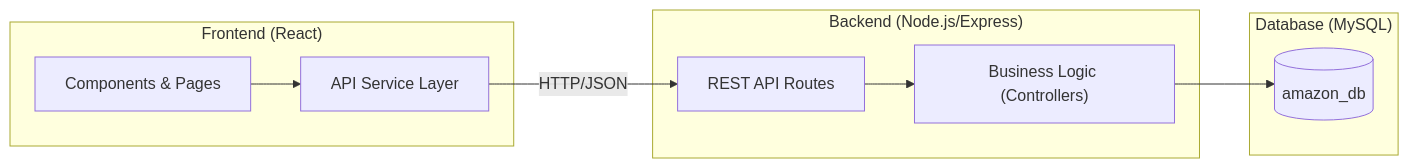
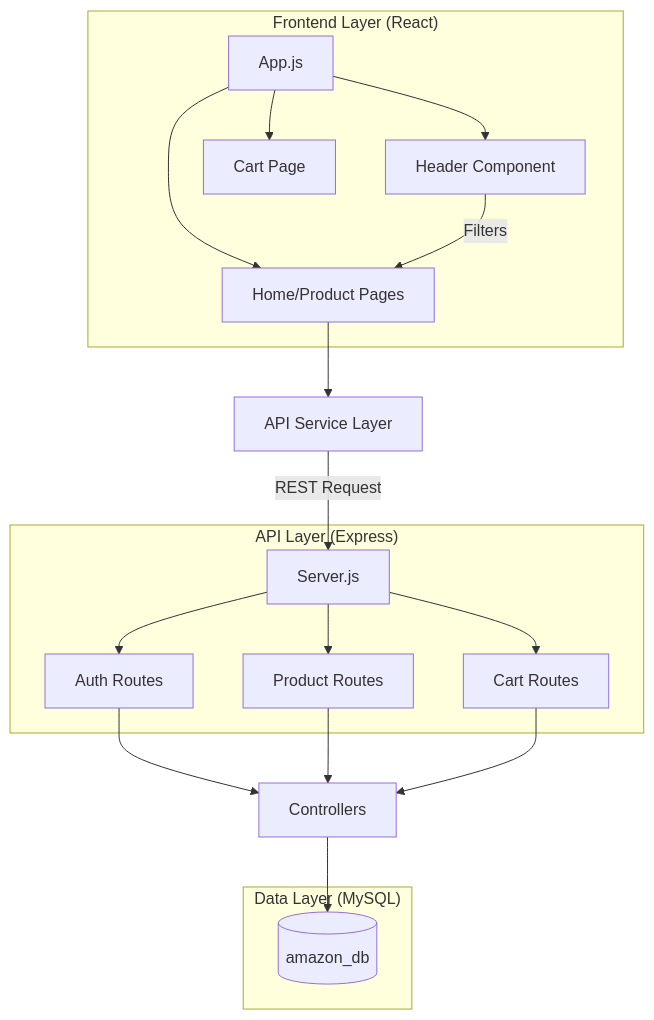
The diagram in README.md (dharanisubramaniyan27/amazon-clone-react), drawn with Mermaid before and after one commit. The commit also changed other lines of this file, not shown here.

Commit message:
Documentation: Comprehensive README upgrade with API docs, architecture, and modular structure

````diff
--- a/README.md
+++ b/README.md
@@ -19,21 +16,24 @@
 ```mermaid
-graph LR
-    subgraph "Frontend (React)"
-        UI["Components & Pages"]
-        Services["API Service Layer"]
-    end
-    
-    subgraph "Backend (Node.js/Express)"
-        API["REST API Routes"]
-        Controller["Business Logic (Controllers)"]
-    end
-    
-    subgraph "Database (MySQL)"
-        DB[("amazon_db")]
+graph TD
+    subgraph "Frontend Layer (React)"
+        A[App.js] --> B[Header Component]
+        A --> C[Home/Product Pages]
+        A --> D[Cart Page]
+        B -- "Filters" --> C
     end
 
-    UI --> Services
-    Services -- "HTTP/JSON" --> API
-    API --> Controller
-    Controller --> DB
+    subgraph "API Layer (Express)"
+        E[Server.js] --> F[Auth Routes]
+        E --> G[Product Routes]
+        E --> H[Cart Routes]
+    end
+
+    subgraph "Data Layer (MySQL)"
+        I[(amazon_db)]
+    end
+
+    C --> J[API Service Layer]
+    J -- "REST Request" --> E
+    F & G & H --> K[Controllers]
+    K --> I
 ```
````
